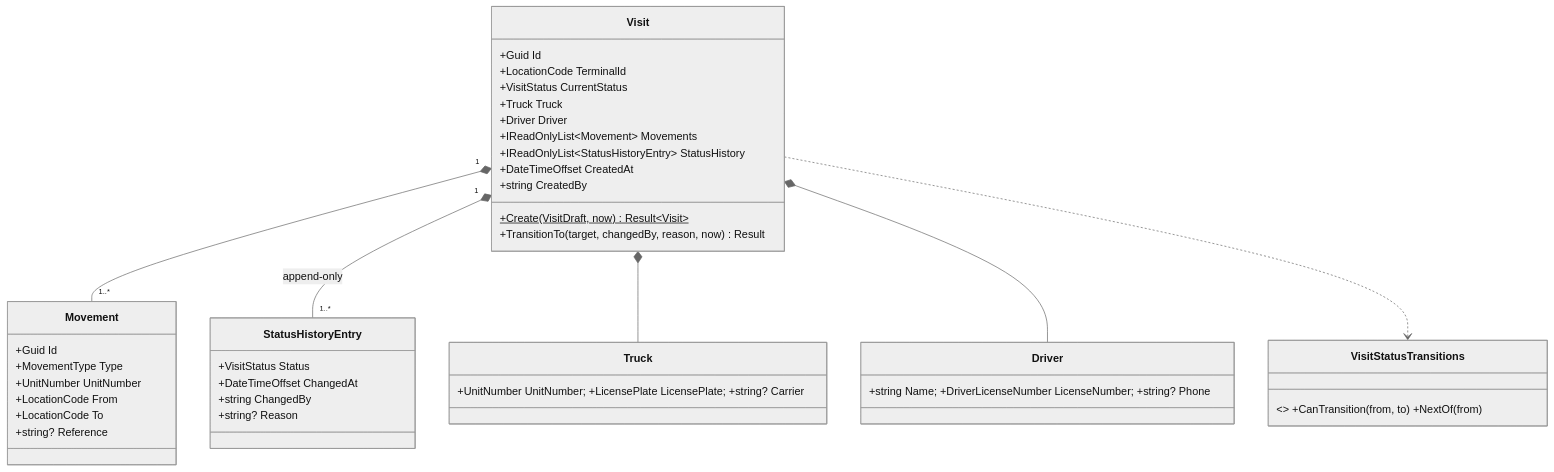
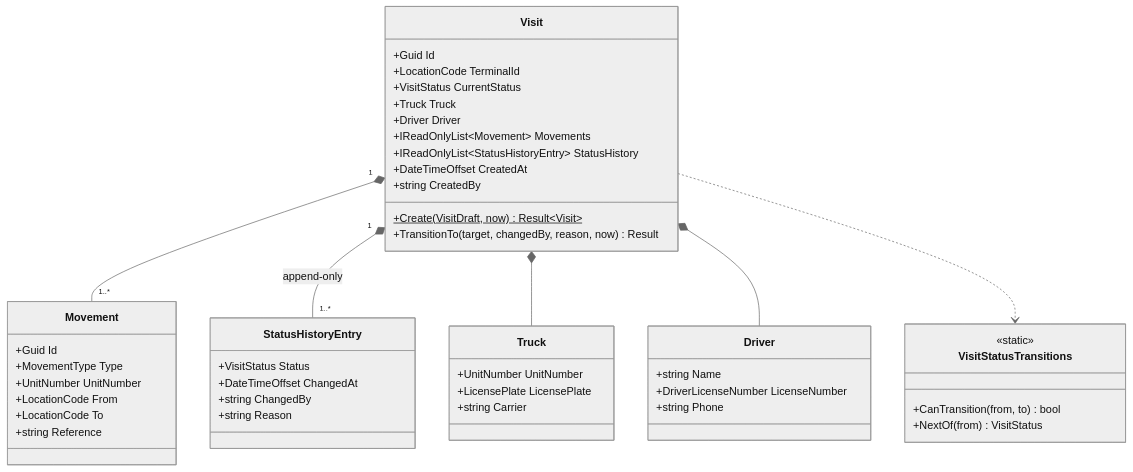
One commit to selcukgural/DFDS.SmartGate changed the fourth of 5 diagrams in docs/architecture.md. Above: the diagram before and after it, drawn with Mermaid (neutral theme). The commit also changed other lines of this file, not shown here.

Commit message:
docs: fix Mermaid syntax in the architecture diagrams (#7)
A semicolon inside a sequence-diagram message and single-line class bodies
were parsed as statement separators, so GitHub could not render the request
flow and domain diagrams.

````diff
--- a/docs/architecture.md
+++ b/docs/architecture.md
@@ -279,38 +279,50 @@
 ```mermaid
 classDiagram
     class Visit {
         +Guid Id
         +LocationCode TerminalId
         +VisitStatus CurrentStatus
         +Truck Truck
         +Driver Driver
         +IReadOnlyList~Movement~ Movements
         +IReadOnlyList~StatusHistoryEntry~ StatusHistory
         +DateTimeOffset CreatedAt
         +string CreatedBy
         +Create(VisitDraft, now)$ Result~Visit~
         +TransitionTo(target, changedBy, reason, now) Result
     }
     class Movement {
         +Guid Id
         +MovementType Type
         +UnitNumber UnitNumber
         +LocationCode From
         +LocationCode To
-        +string? Reference
+        +string Reference
     }
     class StatusHistoryEntry {
         +VisitStatus Status
         +DateTimeOffset ChangedAt
         +string ChangedBy
-        +string? Reason
+        +string Reason
     }
-    class Truck { +UnitNumber UnitNumber; +LicensePlate LicensePlate; +string? Carrier }
-    class Driver { +string Name; +DriverLicenseNumber LicenseNumber; +string? Phone }
-    class VisitStatusTransitions { <<static>> +CanTransition(from, to) +NextOf(from) }
+    class Truck {
+        +UnitNumber UnitNumber
+        +LicensePlate LicensePlate
+        +string Carrier
+    }
+    class Driver {
+        +string Name
+        +DriverLicenseNumber LicenseNumber
+        +string Phone
+    }
+    class VisitStatusTransitions {
+        <<static>>
+        +CanTransition(from, to) bool
+        +NextOf(from) VisitStatus
+    }
     Visit "1" *-- "1..*" Movement
     Visit "1" *-- "1..*" StatusHistoryEntry : append-only
     Visit *-- Truck
     Visit *-- Driver
     Visit ..> VisitStatusTransitions
 ```
````
